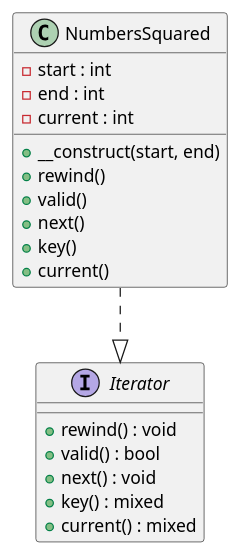
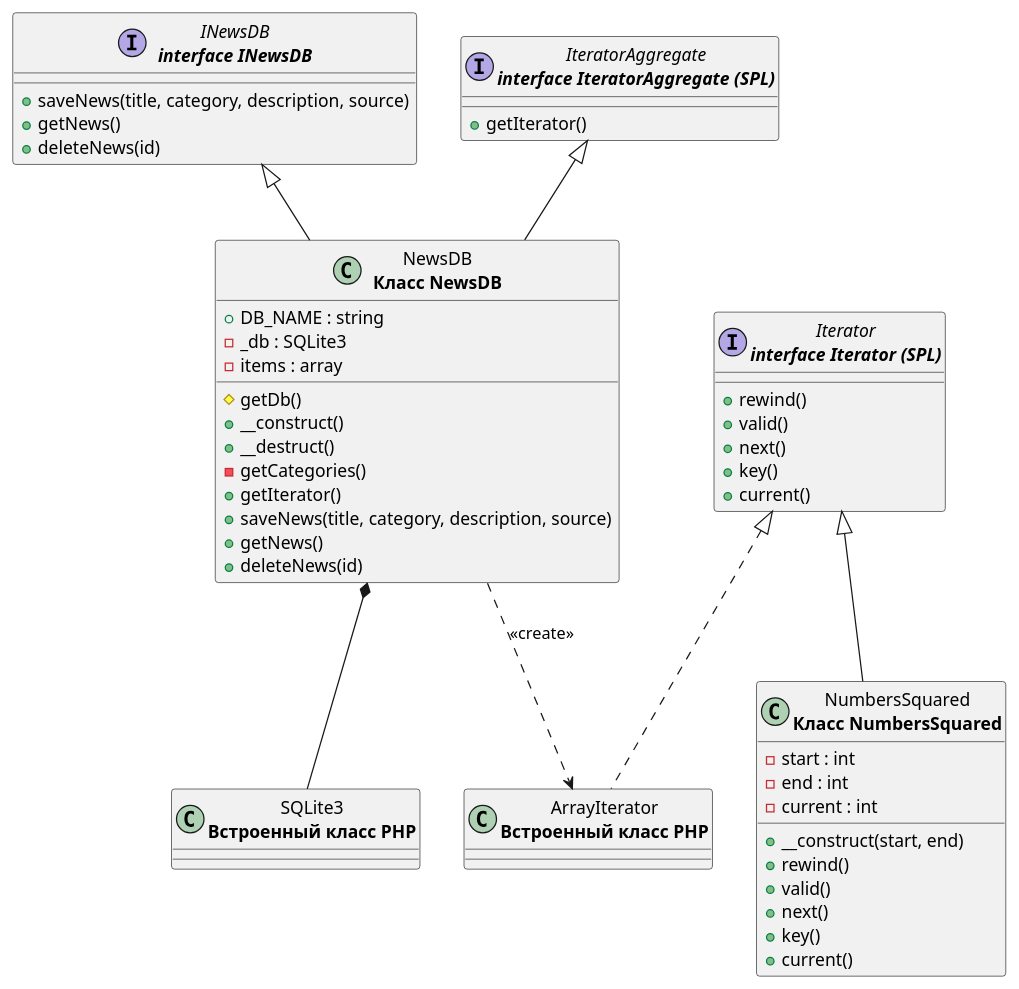
Before and after one commit to tarapun30ka/web: the diagram in lab4/uml.puml, drawn with PlantUML. The commit also changed 1 other file, not shown here.

```diff
--- a/lab4/uml.puml
+++ b/lab4/uml.puml
@@ -1,23 +1,56 @@
 @startuml class-diagram
-  class "NumbersSquared" as NumbersSquared {
+  interface "INewsDB\n<b>interface INewsDB</b>" as INewsDB {
+    +saveNews(title, category, description, source)
+    +getNews()
+    +deleteNews(id)
+  }
+
+  interface "Iterator\n<b>interface Iterator (SPL)</b>" as Iterator {
+    +rewind()
+    +valid()
+    +next()
+    +key()
+    +current()
+  }
+
+  interface "IteratorAggregate\n<b>interface IteratorAggregate (SPL)</b>" as IteratorAggregate {
+    +getIterator()
+  }
+
+  class "NewsDB\n<b>Класс NewsDB</b>" as NewsDB {
+    +DB_NAME : string
+    -_db : SQLite3
+    -items : array
+    #getDb()
+    +__construct()
+    +__destruct()
+    -getCategories()
+    +getIterator()
+    +saveNews(title, category, description, source)
+    +getNews()
+    +deleteNews(id)
+  }
+
+  class "NumbersSquared\n<b>Класс NumbersSquared</b>" as NumbersSquared {
     -start : int
     -end : int
     -current : int
     +__construct(start, end)
     +rewind()
     +valid()
     +next()
     +key()
     +current()
   }
 
-interface Iterator {
-    + rewind() : void
-    + valid() : bool
-    + next() : void
-    + key() : mixed
-    + current() : mixed
-}
+  class "SQLite3\n<b>Встроенный класс PHP</b>" as SQLite3
 
-NumbersSquared ..|> Iterator
+  class "ArrayIterator\n<b>Встроенный класс PHP</b>" as ArrayIterator
+
+  INewsDB <|-- NewsDB
+  IteratorAggregate <|-- NewsDB
+  Iterator <|-- NumbersSquared
+  Iterator <|.. ArrayIterator
+  NewsDB *-- SQLite3
+  NewsDB ..> ArrayIterator : <<create>>
 @enduml
```
